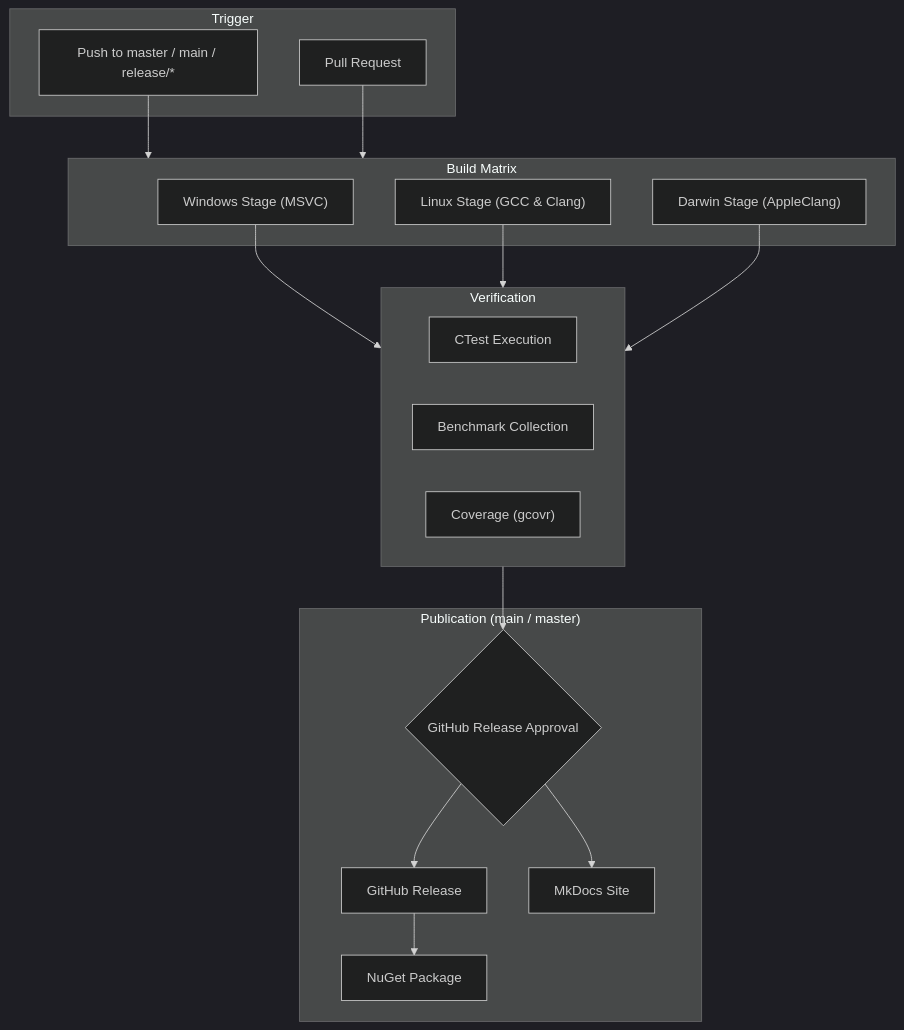
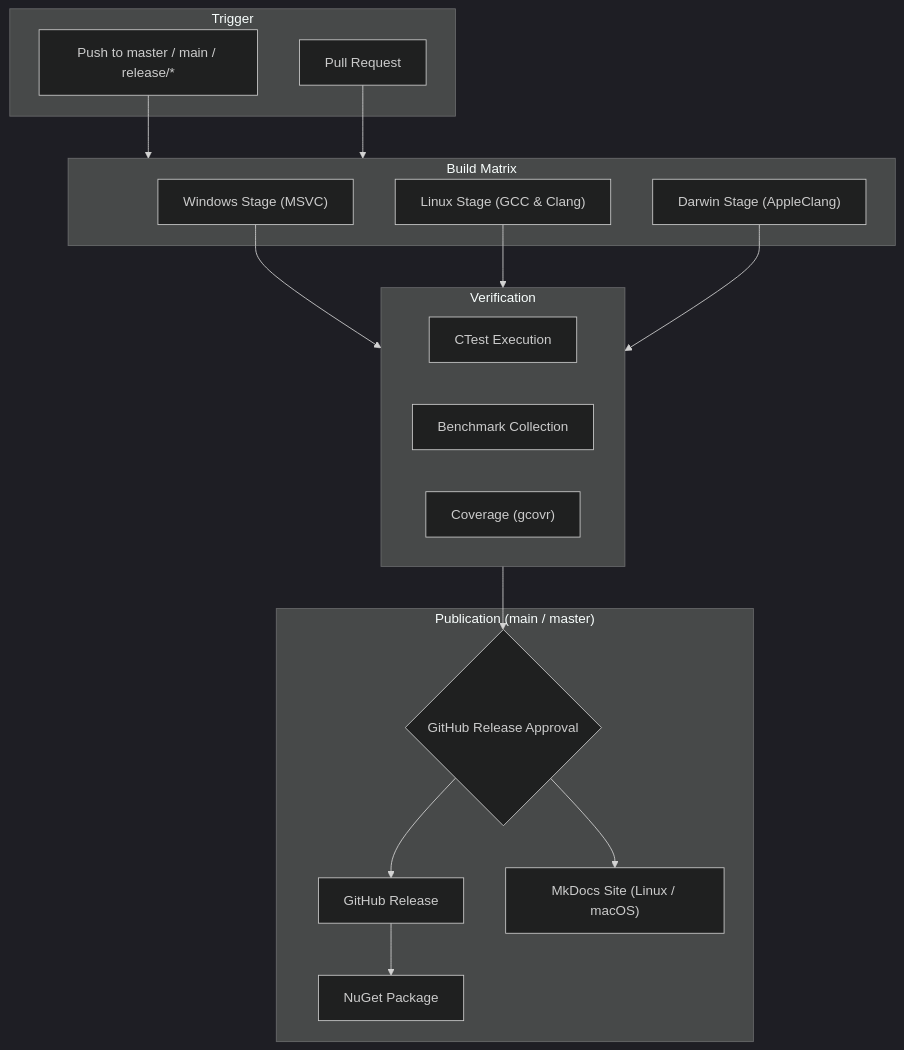
The second of 5 diagrams in docs/maintainers/pipelines.md (SiddiqSoft/sip2json), drawn with Mermaid (dark theme) before and after one commit. The commit also changed other lines of this file and 42 other files, not shown here.

Commit message:
docs: standardize documentation, Doxygen AST, UML class diagrams, and CI publication

````diff
--- a/docs/maintainers/pipelines.md
+++ b/docs/maintainers/pipelines.md
@@ -11,36 +172,36 @@
 ```mermaid
 flowchart TD
     subgraph Triggers["Trigger"]
         T1["Push to master / main / release/*"]
         T2["Pull Request"]
     end
 
     subgraph Matrix["Build Matrix"]
         W["Windows Stage (MSVC)"]
         L["Linux Stage (GCC & Clang)"]
         D["Darwin Stage (AppleClang)"]
     end
 
     subgraph Verification["Verification"]
         V1["CTest Execution"]
         V2["Benchmark Collection"]
         V3["Coverage (gcovr)"]
     end
 
     subgraph Publish["Publication (main / master)"]
         G1{"GitHub Release Approval"}
         P1["GitHub Release"]
         P0["NuGet Package"]
-        P2["MkDocs Site"]
+        P2["MkDocs Site (Linux / macOS)"]
     end
 
     T1 --> Matrix
     T2 --> Matrix
     W --> Verification
     L --> Verification
     D --> Verification
     Verification --> G1
     G1 --> P1
     P1 --> P0
     G1 --> P2
 ```
````
